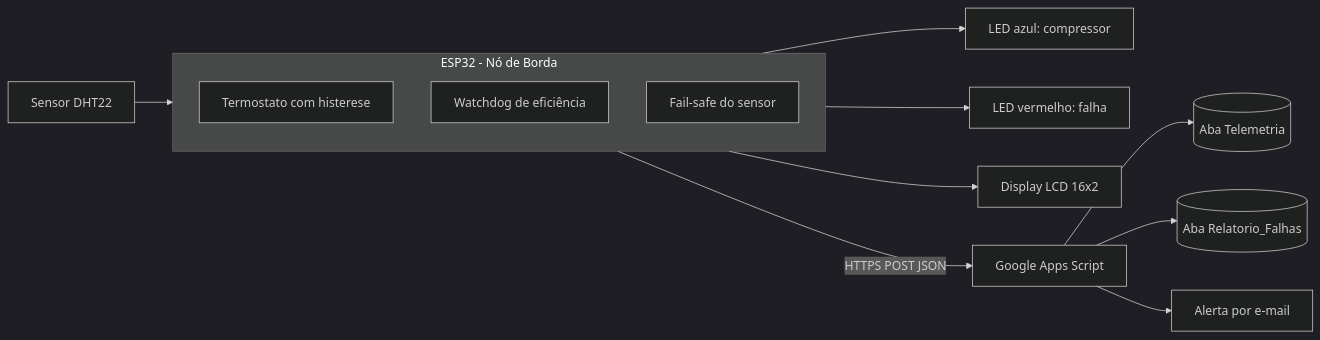
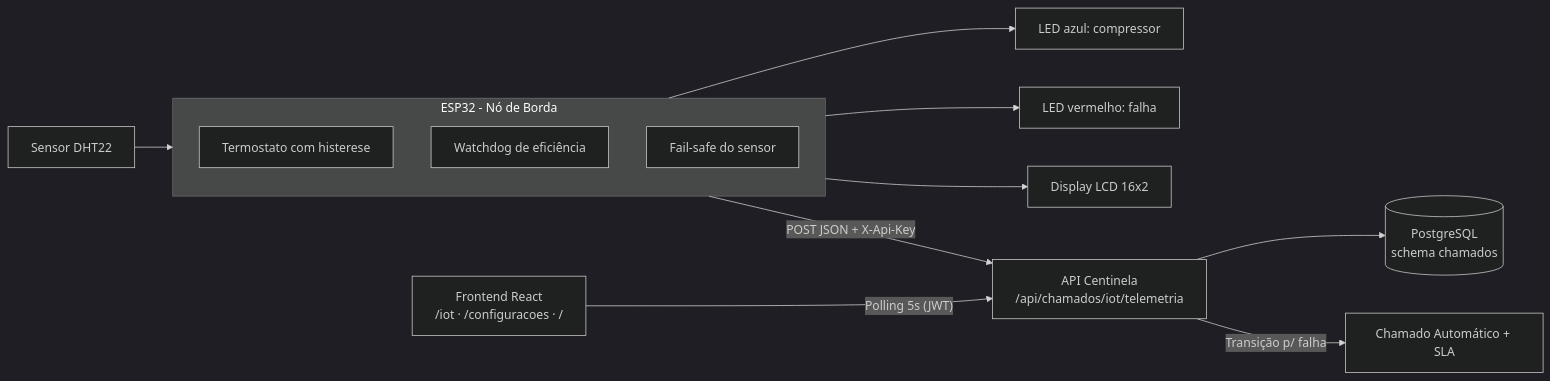
One commit to VHAPorfirium/projeto-integrado-wokwi-relatorio-IoT-climatizacao changed the diagram in README.md. Above: the diagram before and after it, drawn with Mermaid (dark theme). The commit also changed other lines of this file and 3 other files, not shown here.

Commit message:
integração da abertura da parte de iot em chamado e relatorios

````diff
--- a/README.md
+++ b/README.md
@@ -25,16 +25,16 @@
 ```mermaid
 flowchart LR
     DHT[Sensor DHT22] --> ESP
     subgraph ESP[ESP32 - Nó de Borda]
         CTRL[Termostato com histerese]
         WD[Watchdog de eficiência]
         FS[Fail-safe do sensor]
     end
     ESP --> LED1[LED azul: compressor]
     ESP --> LED2[LED vermelho: falha]
     ESP --> LCD[Display LCD 16x2]
-    ESP -- HTTPS POST JSON --> GAS[Google Apps Script]
-    GAS --> TEL[(Aba Telemetria)]
-    GAS --> REL[(Aba Relatorio_Falhas)]
-    GAS --> MAIL[Alerta por e-mail]
+    ESP -- "POST JSON + X-Api-Key" --> API[API Centinela\n/api/chamados/iot/telemetria]
+    API --> DB[(PostgreSQL\nschema chamados)]
+    API -- "Transição p/ falha" --> TICKET[Chamado Automático + SLA]
+    FRONT[Frontend React\n/iot · /configuracoes · /] -- "Polling 5s (JWT)" --> API
 ```
````
